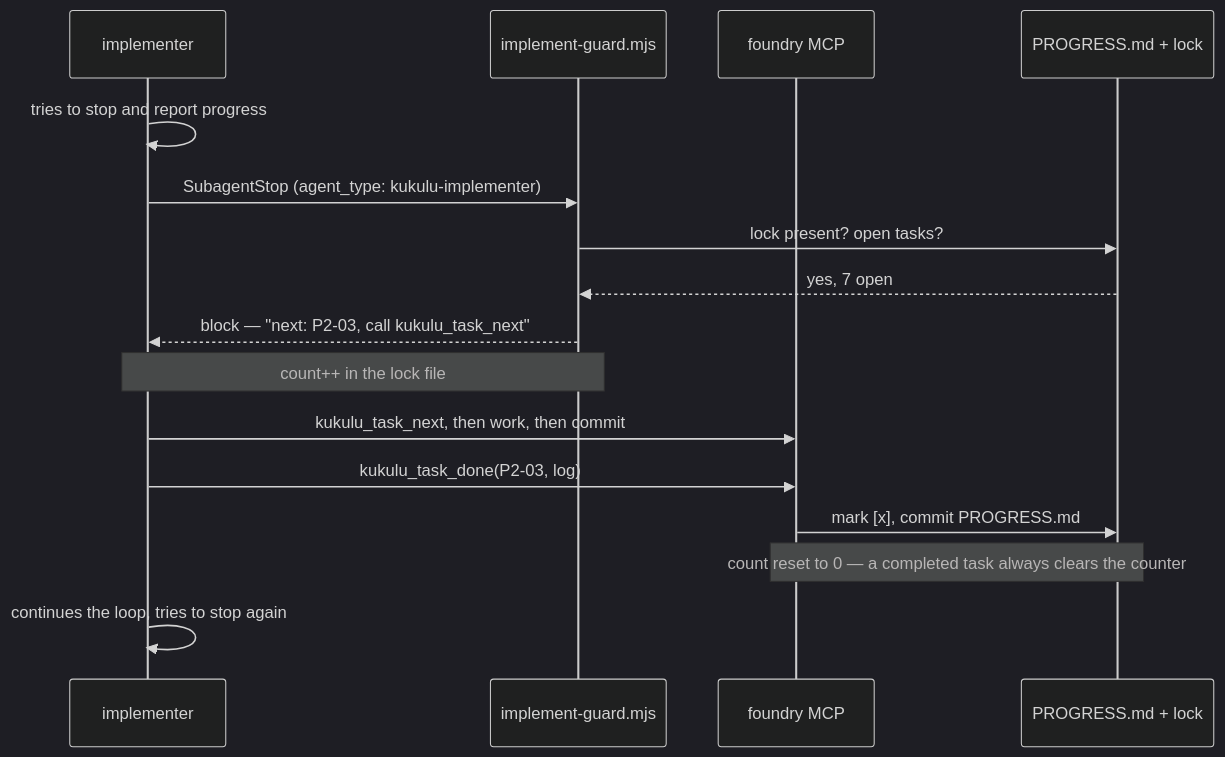
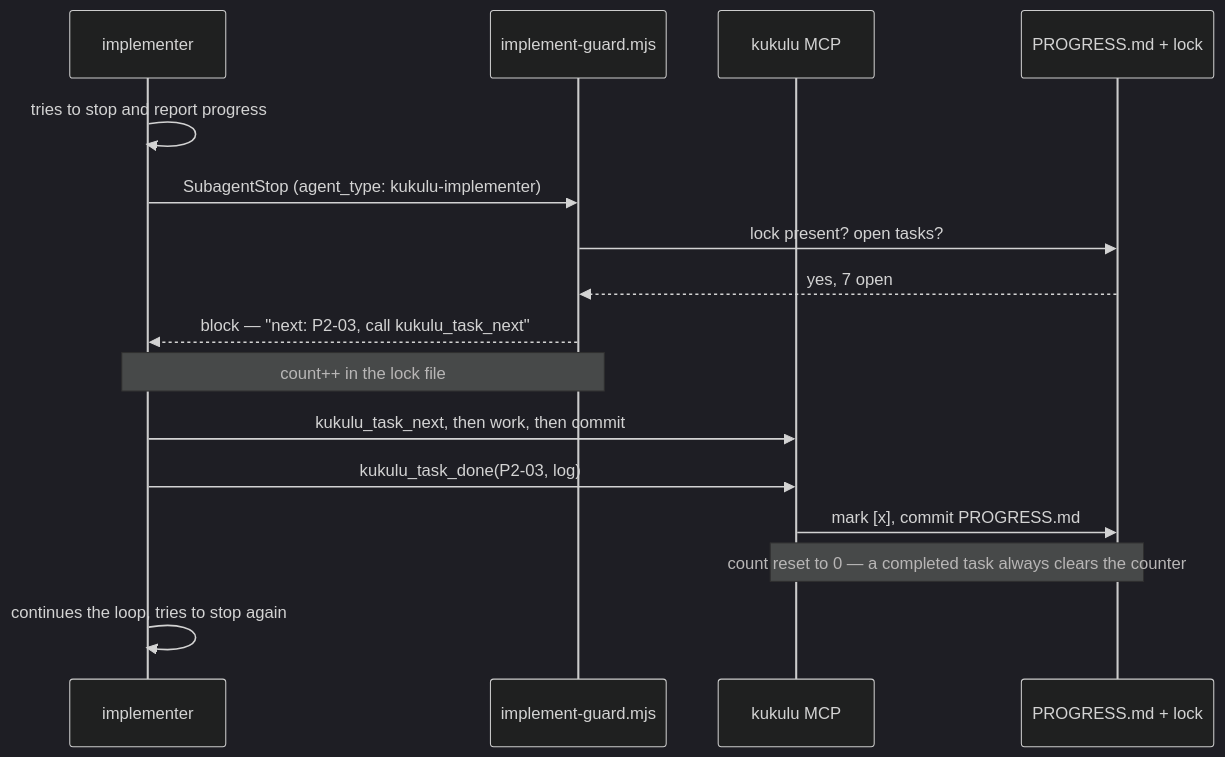
One commit to DisplaceTech/kukulu changed the fourth of 4 diagrams in docs/architecture.md. Above: the diagram before and after it, drawn with Mermaid (dark theme). The commit also changed other lines of this file and 25 other files, not shown here.

````diff
--- a/docs/architecture.md
+++ b/docs/architecture.md
@@ -240,19 +240,19 @@
 ```mermaid
 sequenceDiagram
     participant IMP as implementer
     participant HOOK as implement-guard.mjs
-    participant MCP as foundry MCP
+    participant MCP as kukulu MCP
     participant DISK as PROGRESS.md + lock
 
     IMP->>IMP: tries to stop and report progress
     IMP->>HOOK: SubagentStop (agent_type: kukulu-implementer)
     HOOK->>DISK: lock present? open tasks?
     DISK-->>HOOK: yes, 7 open
     HOOK-->>IMP: block — "next: P2-03, call kukulu_task_next"
     Note over IMP,HOOK: count++ in the lock file
     IMP->>MCP: kukulu_task_next, then work, then commit
     IMP->>MCP: kukulu_task_done(P2-03, log)
     MCP->>DISK: mark [x], commit PROGRESS.md
     Note over MCP,DISK: count reset to 0 — a completed task always clears the counter
     IMP->>IMP: continues the loop, tries to stop again
 ```
````
